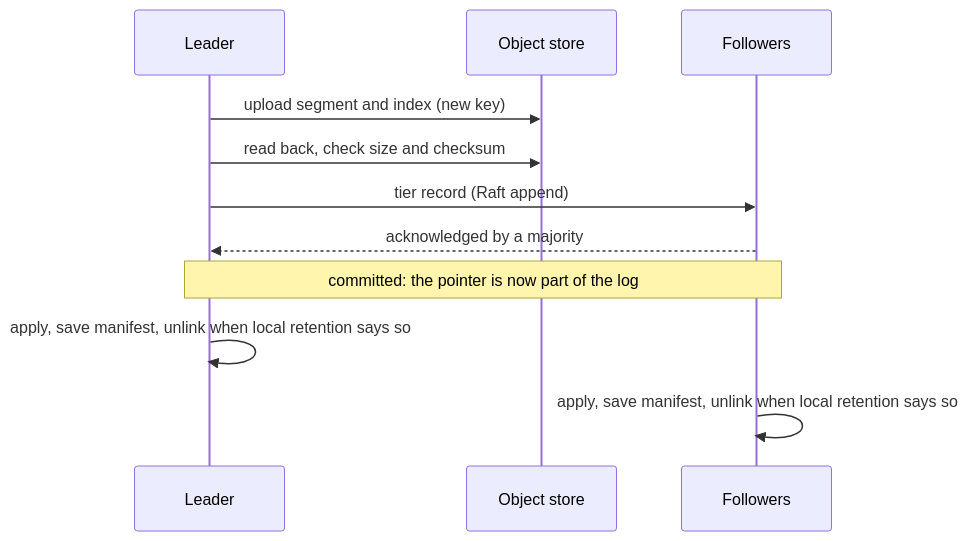
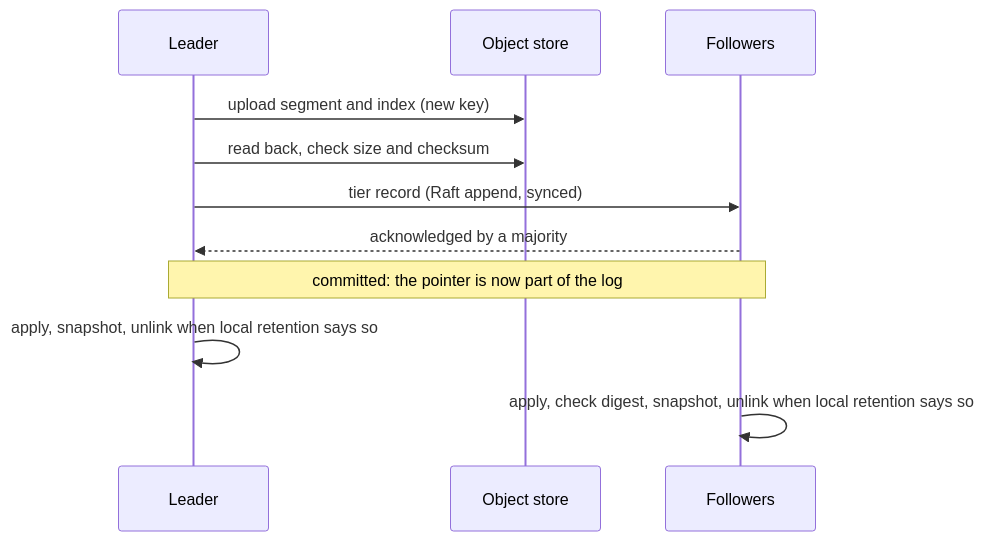
One commit to GetFelix/felix changed the diagram in docs/tiered-storage-design.md. Above: the diagram before and after it, drawn with Mermaid. The commit also changed other lines of this file, not shown here.

````diff
--- a/docs/tiered-storage-design.md
+++ b/docs/tiered-storage-design.md
@@ -111,13 +143,13 @@
 ```mermaid
 sequenceDiagram
     participant L as Leader
     participant S as Object store
     participant F as Followers
     L->>S: upload segment and index (new key)
     L->>S: read back, check size and checksum
-    L->>F: tier record (Raft append)
+    L->>F: tier record (Raft append, synced)
     F-->>L: acknowledged by a majority
     Note over L,F: committed: the pointer is now part of the log
-    L->>L: apply, save manifest, unlink when local retention says so
-    F->>F: apply, save manifest, unlink when local retention says so
+    L->>L: apply, snapshot, unlink when local retention says so
+    F->>F: apply, check digest, snapshot, unlink when local retention says so
 ```
````
